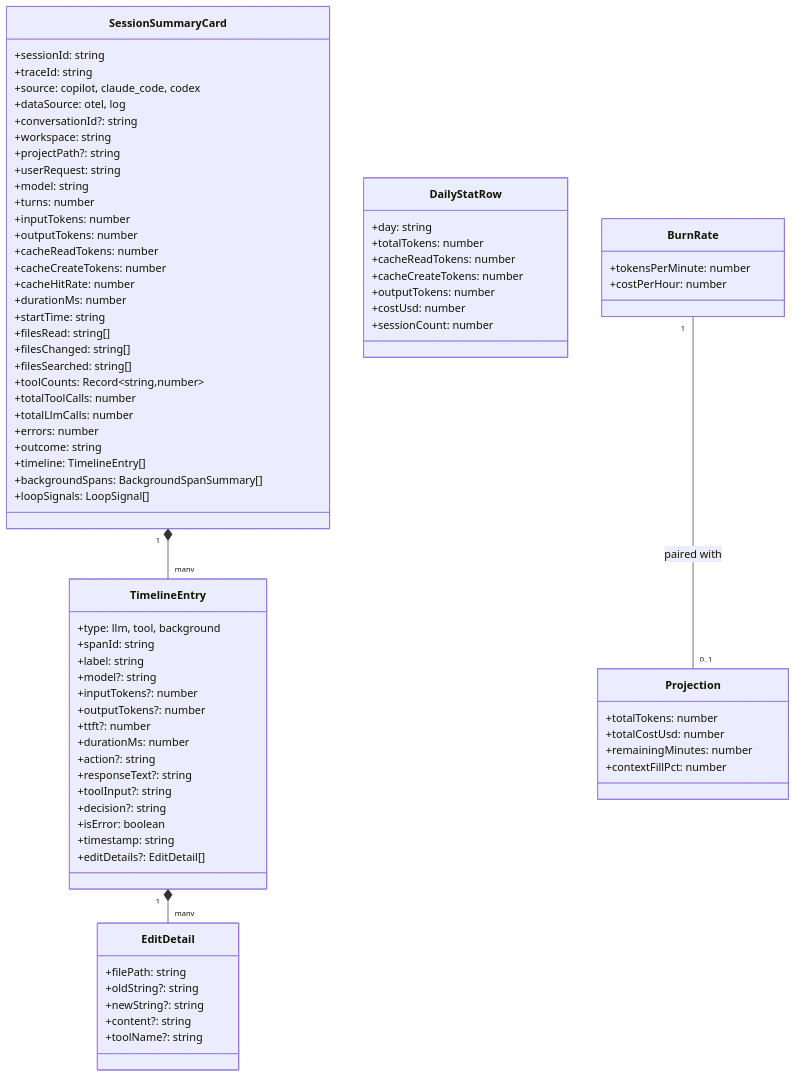
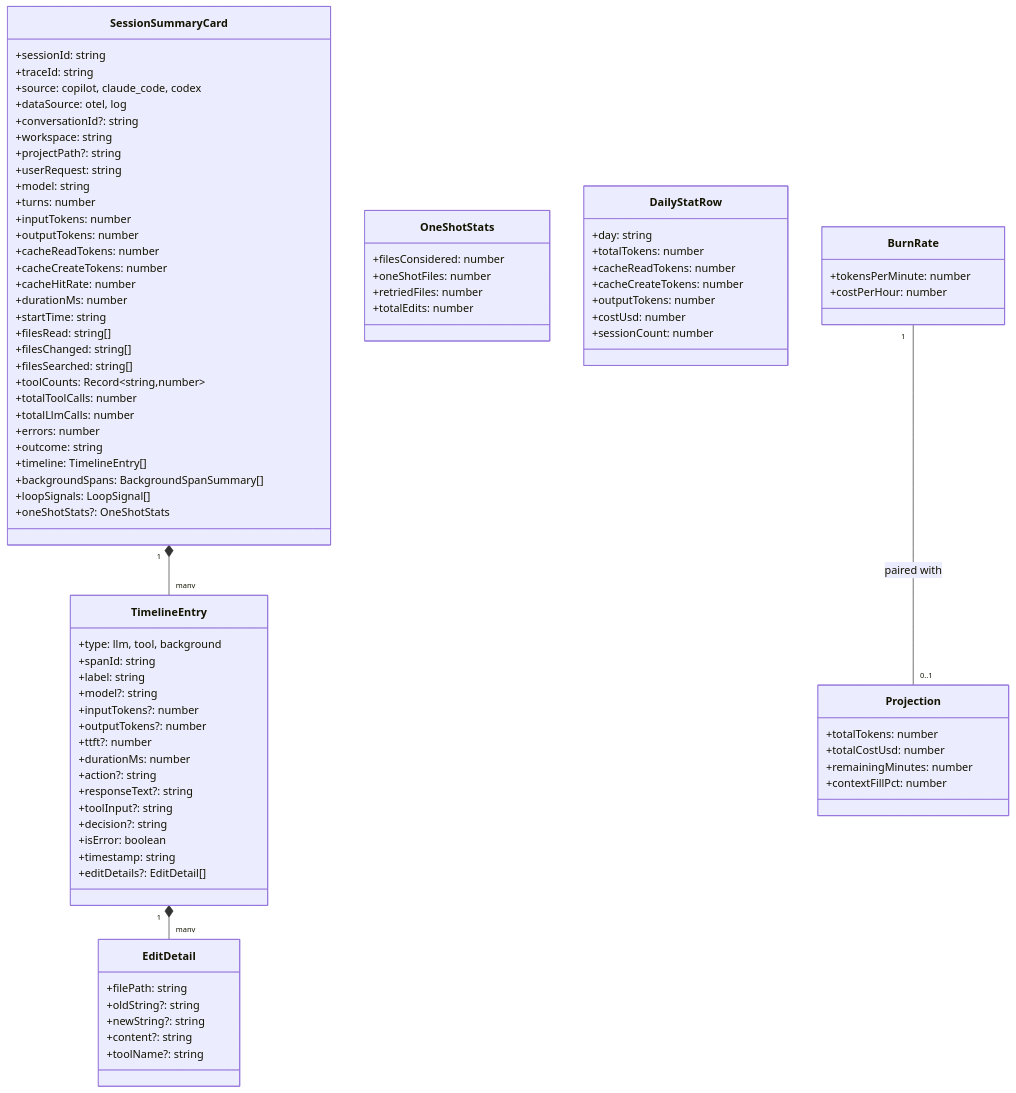
One commit to RogerReed/agentlens changed diagram 12 of 19 in ARCHITECTURE.md. Above: the diagram before and after it, drawn with Mermaid. The commit also changed other lines of this file, not shown here.

First line of the commit message:
docs: bring ARCHITECTURE.md in line with current codebase (#179)

```diff
--- a/ARCHITECTURE.md
+++ b/ARCHITECTURE.md
@@ -609,6 +641,14 @@
         +timeline: TimelineEntry[]
         +backgroundSpans: BackgroundSpanSummary[]
         +loopSignals: LoopSignal[]
+        +oneShotStats?: OneShotStats
+    }
+
+    class OneShotStats {
+        +filesConsidered: number
+        +oneShotFiles: number
+        +retriedFiles: number
+        +totalEdits: number
     }
 
     class TimelineEntry {
```
